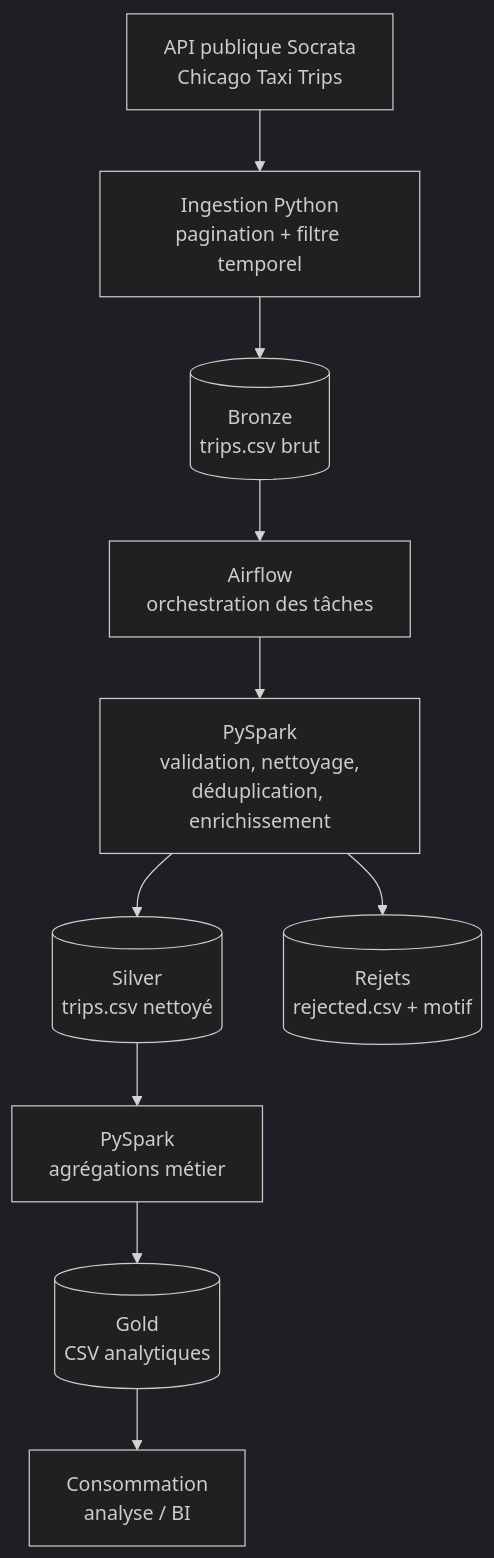
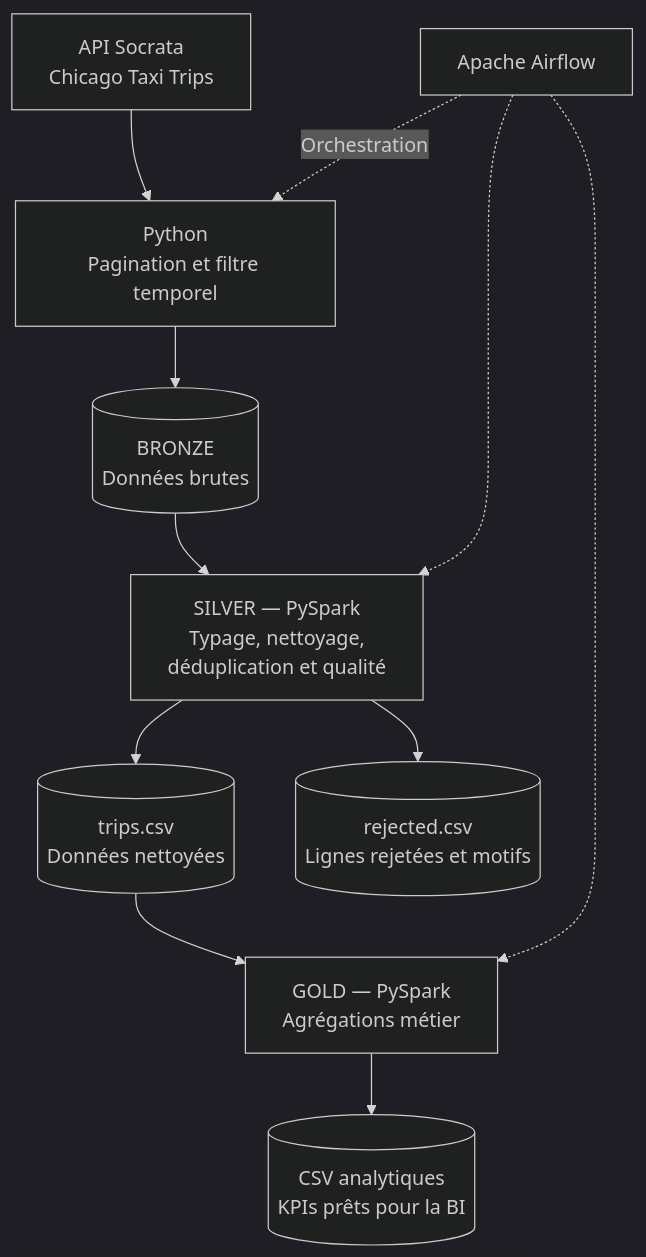
One commit to oussama6khattabi/Artefact-DE-use-case changed the diagram in README.md. Above: the diagram before and after it, drawn with Mermaid (dark theme). The commit also changed other lines of this file, not shown here.

````diff
--- a/README.md
+++ b/README.md
@@ -137,12 +94,13 @@
 ```mermaid
 flowchart TD
-    A["API publique Socrata<br/>Chicago Taxi Trips"] --> B["Ingestion Python<br/>pagination + filtre temporel"]
-    B --> C[("Bronze<br/>trips.csv brut")]
-    C --> D["Airflow<br/>orchestration des tâches"]
-    D --> E["PySpark<br/>validation, nettoyage,<br/>déduplication, enrichissement"]
-    E --> F[("Silver<br/>trips.csv nettoyé")]
-    E --> G[("Rejets<br/>rejected.csv + motif")]
-    F --> H["PySpark<br/>agrégations métier"]
-    H --> I[("Gold<br/>CSV analytiques")]
-    I --> J["Consommation<br/>analyse / BI"]
+    A["API Socrata<br/>Chicago Taxi Trips"] --> B["Python<br/>Pagination et filtre temporel"]
+    B --> C[("BRONZE<br/>Données brutes")]
+    C --> D["SILVER — PySpark<br/>Typage, nettoyage,<br/>déduplication et qualité"]
+    D --> E[("trips.csv<br/>Données nettoyées")]
+    D --> F[("rejected.csv<br/>Lignes rejetées et motifs")]
+    E --> G["GOLD — PySpark<br/>Agrégations métier"]
+    G --> H[("CSV analytiques<br/>KPIs prêts pour la BI")]
+    I["Apache Airflow"] -. "Orchestration" .-> B
+    I -.-> D
+    I -.-> G
 ```
````
